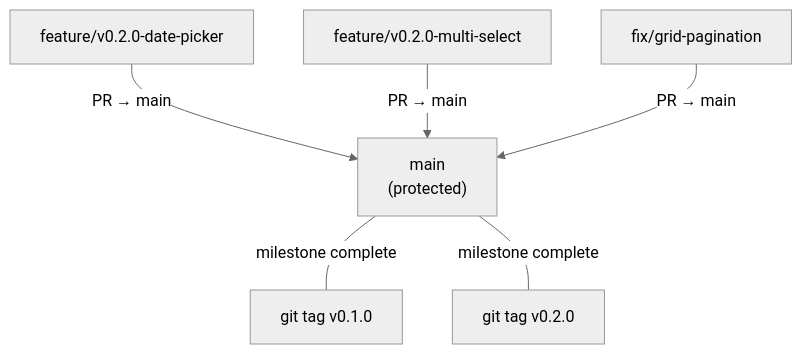
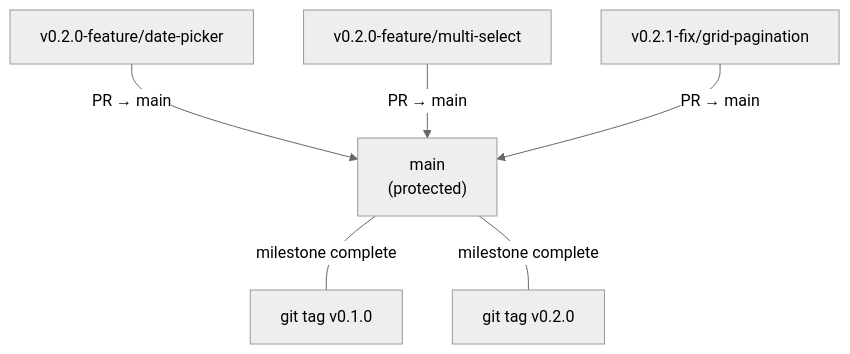
Before and after one commit to WianVDM/schema-framework: the second of 4 diagrams in docs/roadmap.md, drawn with Mermaid (neutral theme). The commit also changed other lines of this file and 31 other files, not shown here.

Commit message:
feat: add DatePicker primitive + fix Slice 1 gaps

````diff
--- a/docs/roadmap.md
+++ b/docs/roadmap.md
@@ -477,15 +485,15 @@
 ```mermaid
 graph TD
     Main["main<br/>(protected)"]
-    F1["feature/v0.2.0-date-picker"]
-    F2["feature/v0.2.0-multi-select"]
-    F3["fix/grid-pagination"]
+    F1["v0.2.0-feature/date-picker"]
+    F2["v0.2.0-feature/multi-select"]
+    F3["v0.2.1-fix/grid-pagination"]
     Tag1["git tag v0.1.0"]
     Tag2["git tag v0.2.0"]
 
     Main ---|"milestone complete"| Tag1
     F1 -->|"PR → main"| Main
     F2 -->|"PR → main"| Main
     F3 -->|"PR → main"| Main
     Main ---|"milestone complete"| Tag2
 ```
````
